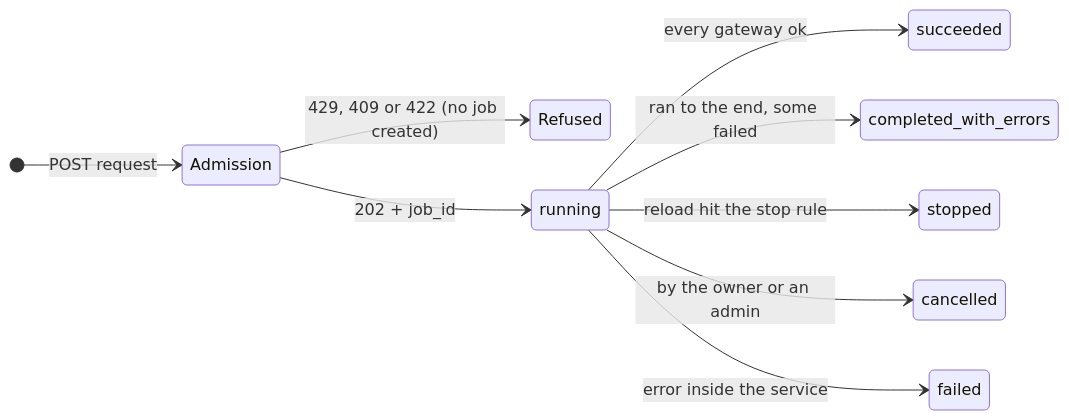
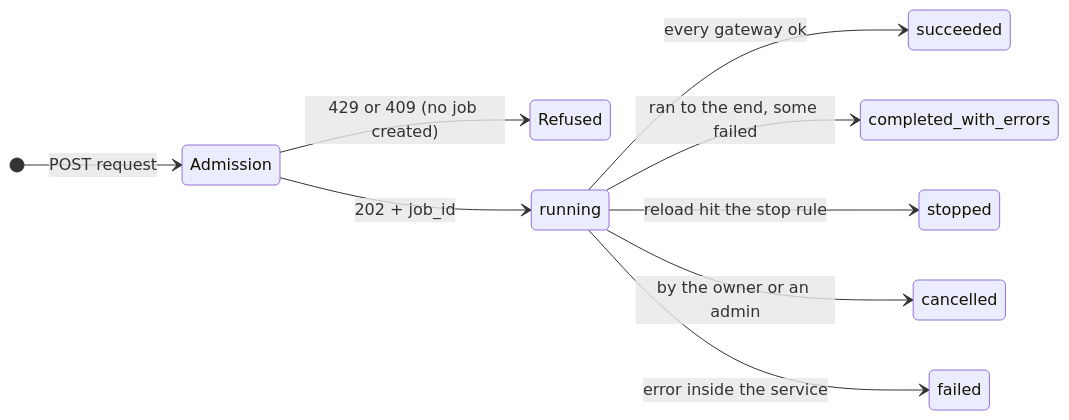
Before and after one commit to jmealiff92/system-design-skills: the second of 2 diagrams in docs/design/geneos-fleet-command-api.md, drawn with Mermaid. The commit also changed other lines of this file, not shown here.

````diff
--- a/docs/design/geneos-fleet-command-api.md
+++ b/docs/design/geneos-fleet-command-api.md
@@ -251,12 +251,12 @@
 ```mermaid
 stateDiagram-v2
     direction LR
     [*] --> Admission: POST request
-    Admission --> Refused: 429, 409 or 422 (no job created)
+    Admission --> Refused: 429 or 409 (no job created)
     Admission --> running: 202 + job_id
     running --> succeeded: every gateway ok
     running --> completed_with_errors: ran to the end, some failed
     running --> stopped: reload hit the stop rule
     running --> cancelled: by the owner or an admin
     running --> failed: error inside the service
 ```
````
